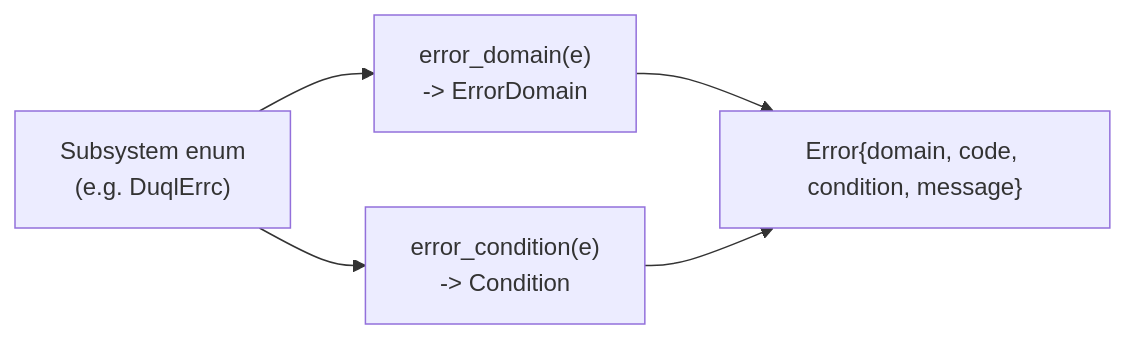
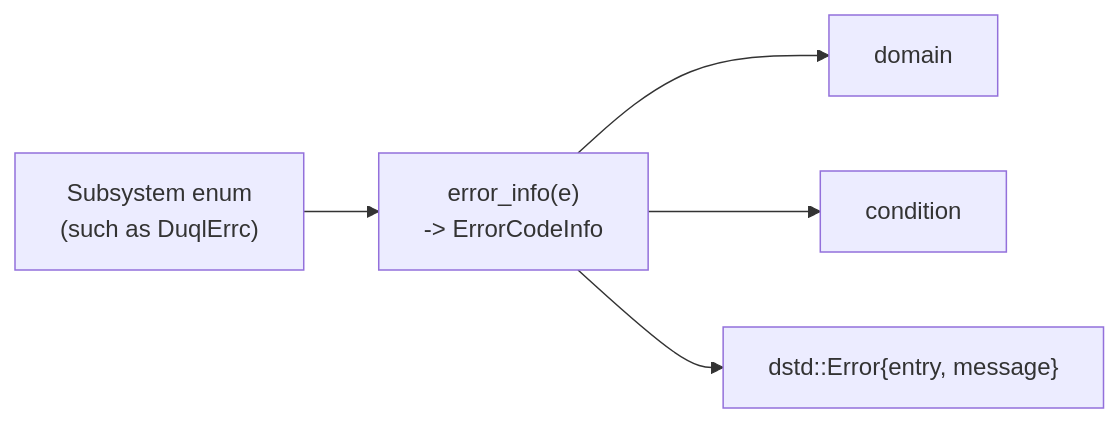
Before and after one commit to llnl-asr/dftracer-utils: the diagram in docs/source/concepts/error-model.rst, drawn with Mermaid. The commit also changed other lines of this file and 74 other files, not shown here.

Commit message:
refactor: move errors onto a 16-byte dstd::Error and rename dstd::Expected

```diff
--- a/docs/source/concepts/error-model.rst
+++ b/docs/source/concepts/error-model.rst
@@ -67,7 +58,7 @@
 .. mermaid::
 
    graph LR
-       Enum["Subsystem enum<br/>(e.g. DuqlErrc)"] --> Domain["error_domain(e)<br/>-> ErrorDomain"]
-       Enum --> Cond["error_condition(e)<br/>-> Condition"]
-       Domain --> Error["Error{domain, code, condition, message}"]
-       Cond --> Error
+       Enum["Subsystem enum<br/>(such as DuqlErrc)"] --> Info["error_info(e)<br/>-> ErrorCodeInfo"]
+       Info --> Domain["domain"]
+       Info --> Cond["condition"]
+       Info --> Error["dstd::Error{entry, message}"]
```
